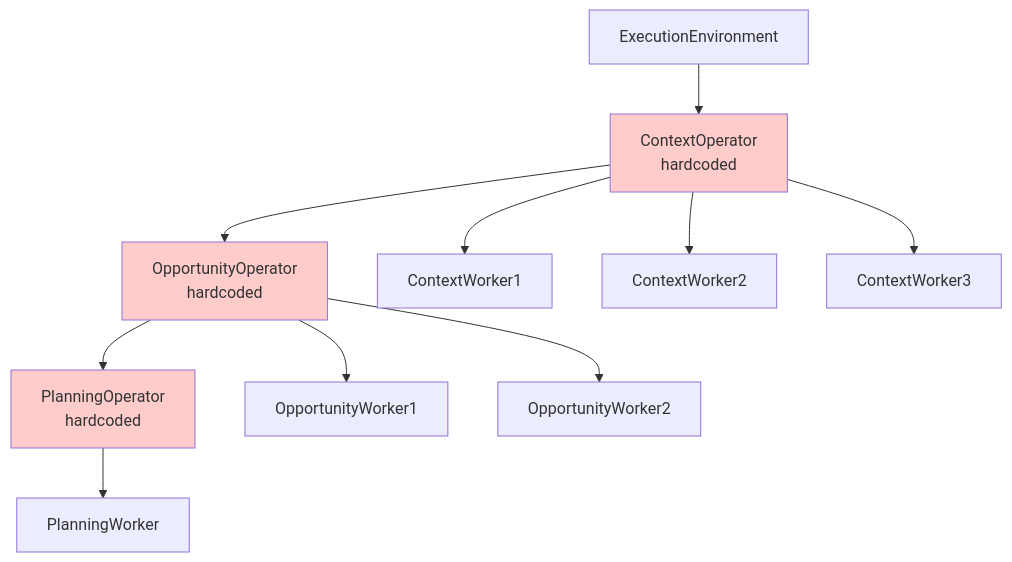
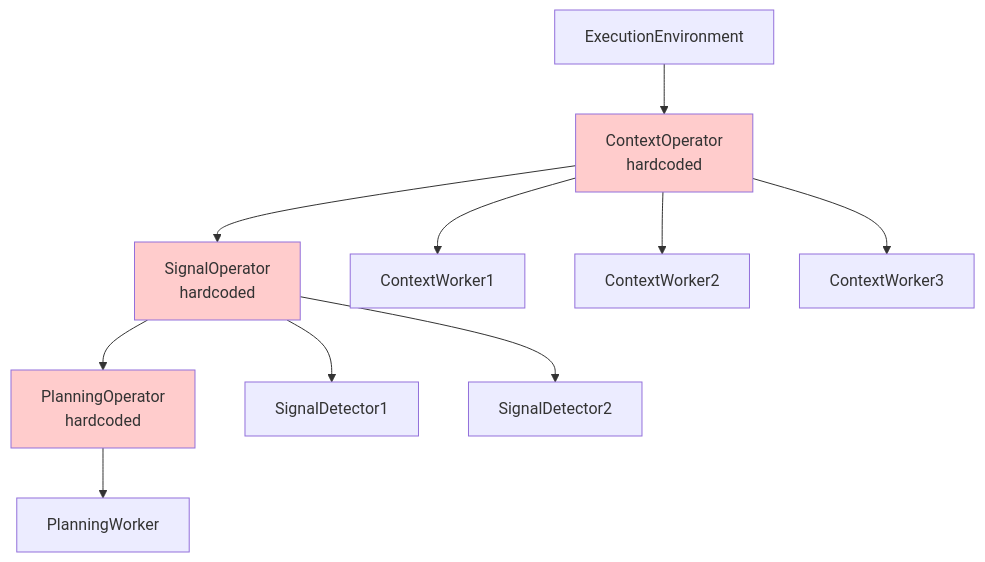
The third of 4 diagrams in docs/architecture/EVENT_DRIVEN_WIRING.md (MikeyVK/S1mpleTraderV3), drawn with Mermaid before and after one commit. The commit also changed other lines of this file and 10 other files, not shown here.

````diff
--- a/docs/architecture/EVENT_DRIVEN_WIRING.md
+++ b/docs/architecture/EVENT_DRIVEN_WIRING.md
@@ -401,27 +401,27 @@
 ```mermaid
 graph TD
     Env[ExecutionEnvironment]
     CtxOp[ContextOperator<br/>hardcoded]
-    OppOp[OpportunityOperator<br/>hardcoded]
+    OppOp[SignalOperator<br/>hardcoded]
     PlanOp[PlanningOperator<br/>hardcoded]
     CW1[ContextWorker1]
     CW2[ContextWorker2]
     CW3[ContextWorker3]
-    OW1[OpportunityWorker1]
-    OW2[OpportunityWorker2]
+    OW1[SignalDetector1]
+    OW2[SignalDetector2]
     PW[PlanningWorker]
     
     Env --> CtxOp
     CtxOp --> CW1
     CtxOp --> CW2
     CtxOp --> CW3
     CtxOp --> OppOp
     OppOp --> OW1
     OppOp --> OW2
     OppOp --> PlanOp
     PlanOp --> PW
     
     style CtxOp fill:#ffcccc
     style OppOp fill:#ffcccc
     style PlanOp fill:#ffcccc
 ```
````
